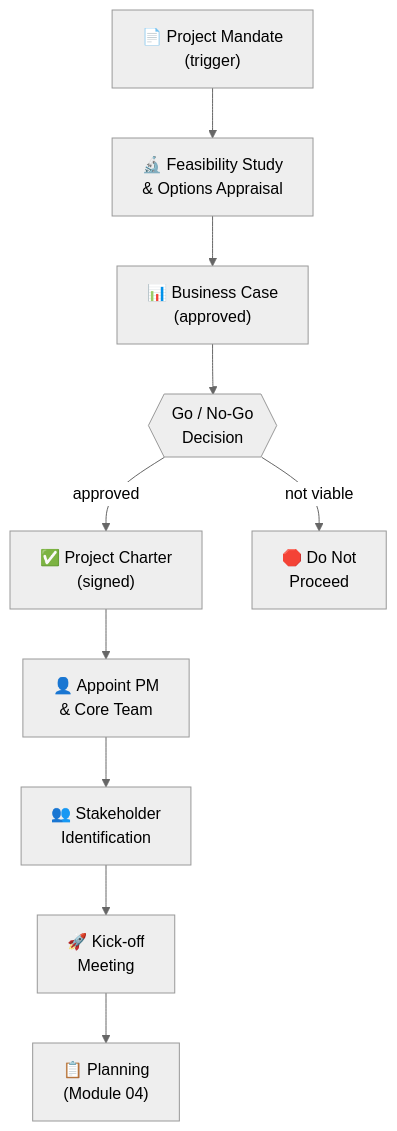
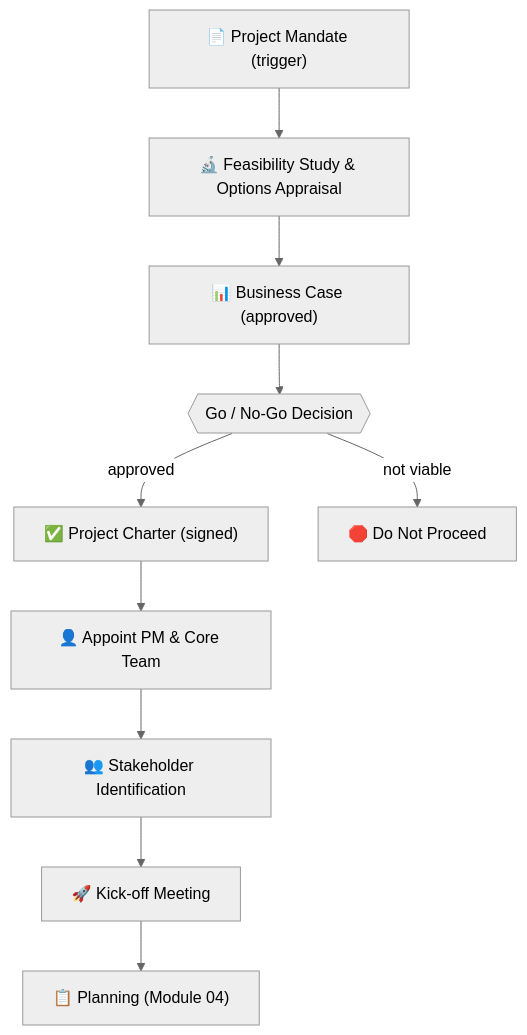
One commit to UncleJS/course_projectManagement changed the first of 2 diagrams in modules/03-initiation.md. Above: the diagram before and after it, drawn with Mermaid (neutral theme). The commit also changed 16 other files, not shown here.

Commit message:
Fix Mermaid rendering: remove literal \n from all diagram labels; quote unquoted & in flowchart nodes

````diff
--- a/modules/03-initiation.md
+++ b/modules/03-initiation.md
@@ -177,17 +177,17 @@
 ```mermaid
 flowchart TD
-    MAN["📄 Project Mandate\n(trigger)"]
-    FEAS["🔬 Feasibility Study\n& Options Appraisal"]
-    DEC{{"Go / No-Go\nDecision"}}
-    BC["📊 Business Case\n(approved)"]
-    CHAR["✅ Project Charter\n(signed)"]
-    APPT["👤 Appoint PM\n& Core Team"]
-    STAKE["👥 Stakeholder\nIdentification"]
-    PLAN["📋 Planning\n(Module 04)"]
-    KO["🚀 Kick-off\nMeeting"]
-    STOP["🛑 Do Not\nProceed"]
+    MAN["📄 Project Mandate (trigger)"]
+    FEAS["🔬 Feasibility Study & Options Appraisal"]
+    DEC{{"Go / No-Go Decision"}}
+    BC["📊 Business Case (approved)"]
+    CHAR["✅ Project Charter (signed)"]
+    APPT["👤 Appoint PM & Core Team"]
+    STAKE["👥 Stakeholder Identification"]
+    PLAN["📋 Planning (Module 04)"]
+    KO["🚀 Kick-off Meeting"]
+    STOP["🛑 Do Not Proceed"]
     MAN --> FEAS --> BC --> DEC
     DEC -->|"approved"| CHAR
     DEC -->|"not viable"| STOP
     CHAR --> APPT --> STAKE --> KO --> PLAN
 ```
````
